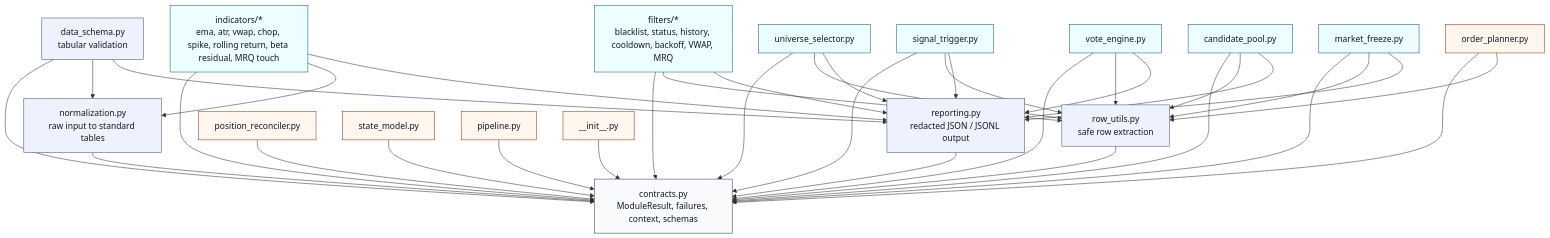
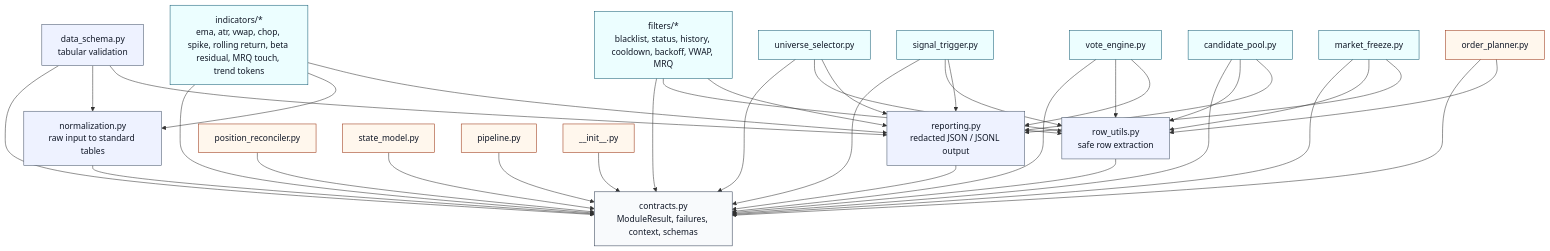
Before and after one commit to waswrsis/quant-strategy-tokenizer: the second of 2 diagrams in README.md, drawn with Mermaid. The commit also changed other lines of this file and 53 other files, not shown here.

Commit message:
Add trend indicator tokens

````diff
--- a/README.md
+++ b/README.md
@@ -144,77 +148,77 @@
 ```mermaid
 flowchart TD
     Contracts["contracts.py<br/>ModuleResult, failures, context, schemas"]
 
     Normalization["normalization.py<br/>raw input to standard tables"]
     RowUtils["row_utils.py<br/>safe row extraction"]
     Reporting["reporting.py<br/>redacted JSON / JSONL output"]
     DataSchema["data_schema.py<br/>tabular validation"]
 
-    Indicators["indicators/*<br/>ema, atr, vwap, chop, spike, rolling return, beta residual, MRQ touch"]
+    Indicators["indicators/*<br/>ema, atr, vwap, chop, spike, rolling return, beta residual, MRQ touch, trend tokens"]
     Filters["filters/*<br/>blacklist, status, history, cooldown, backoff, VWAP, MRQ"]
 
     Universe["universe_selector.py"]
     Signals["signal_trigger.py"]
     Votes["vote_engine.py"]
     Candidates["candidate_pool.py"]
     Freeze["market_freeze.py"]
 
     Orders["order_planner.py"]
     Positions["position_reconciler.py"]
     State["state_model.py"]
     Pipeline["pipeline.py"]
     PublicAPI["__init__.py"]
 
     PublicAPI --> Contracts
 
     Normalization --> Contracts
     RowUtils --> Contracts
     Reporting --> Contracts
     DataSchema --> Contracts
     DataSchema --> Normalization
     DataSchema --> Reporting
 
     Indicators --> Contracts
     Indicators --> Normalization
     Indicators --> Reporting
 
     Filters --> Contracts
     Filters --> RowUtils
     Filters --> Reporting
 
     Universe --> Contracts
     Universe --> RowUtils
     Universe --> Reporting
 
     Signals --> Contracts
     Signals --> RowUtils
     Signals --> Reporting
 
     Votes --> Contracts
     Votes --> RowUtils
     Votes --> Reporting
 
     Candidates --> Contracts
     Candidates --> RowUtils
     Candidates --> Reporting
 
     Freeze --> Contracts
     Freeze --> RowUtils
     Freeze --> Reporting
 
     Orders --> Contracts
     Orders --> RowUtils
     Positions --> Contracts
     State --> Contracts
     Pipeline --> Contracts
 
     classDef core fill:#f8fafc,stroke:#334155,color:#111827;
     classDef helper fill:#eef2ff,stroke:#475569,color:#111827;
     classDef module fill:#ecfeff,stroke:#155e75,color:#111827;
     classDef plan fill:#fff7ed,stroke:#9a3412,color:#111827;
 
     class Contracts core;
     class Normalization,RowUtils,Reporting,DataSchema helper;
     class Indicators,Filters,Universe,Signals,Votes,Candidates,Freeze module;
     class Orders,Positions,State,Pipeline,PublicAPI plan;
 ```
````
